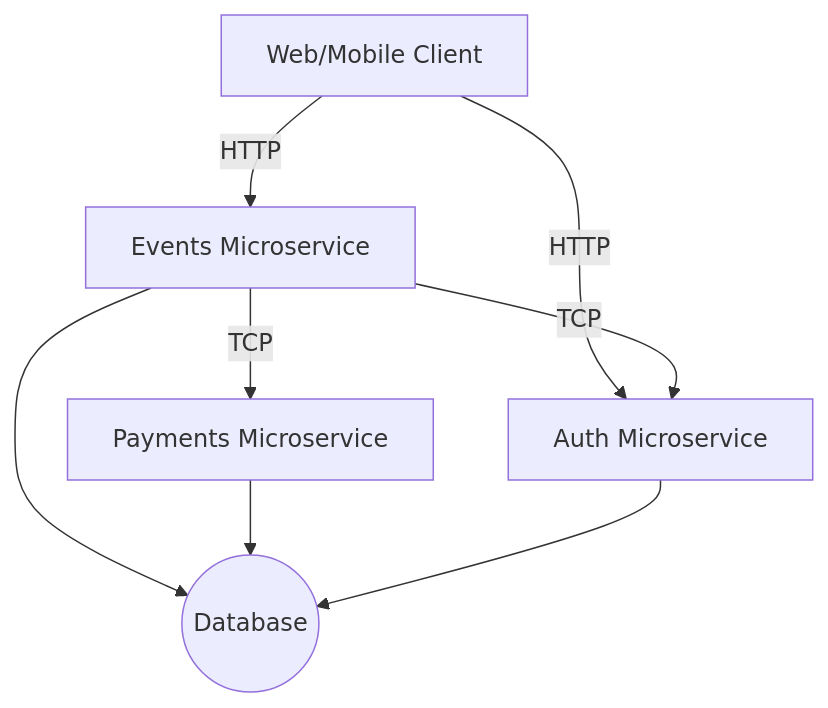
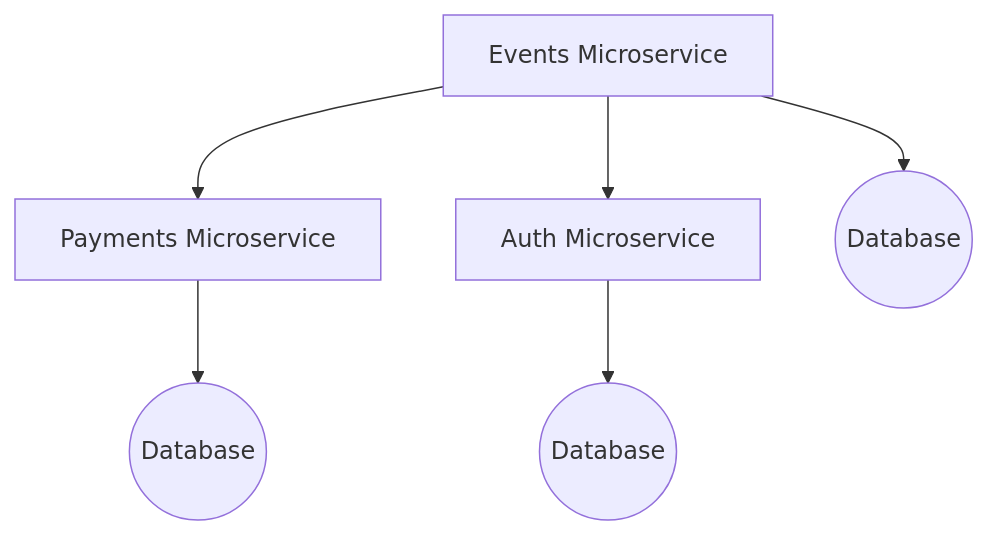
One commit to developer239/nest-vite-fullstack-microservices-poc changed the first of 2 diagrams in README.md. Above: the diagram before and after it, drawn with Mermaid. The commit also changed other lines of this file, not shown here.

````diff
--- a/README.md
+++ b/README.md
@@ -3,10 +3,8 @@
 ```mermaid
 graph TB
-  A[Web/Mobile Client] -- HTTP --> B[Events Microservice]
-  A -- HTTP --> D
-  B -- TCP --> C[Payments Microservice]
-  B -- TCP --> D[Auth Microservice]
+  A[Events Microservice] --> B[Payments Microservice]
+  A --> C[Auth Microservice]
+  A --> D((Database))
   B --> E((Database))
-  C --> E
-  D --> E
+  C --> F((Database))
 ```
````
